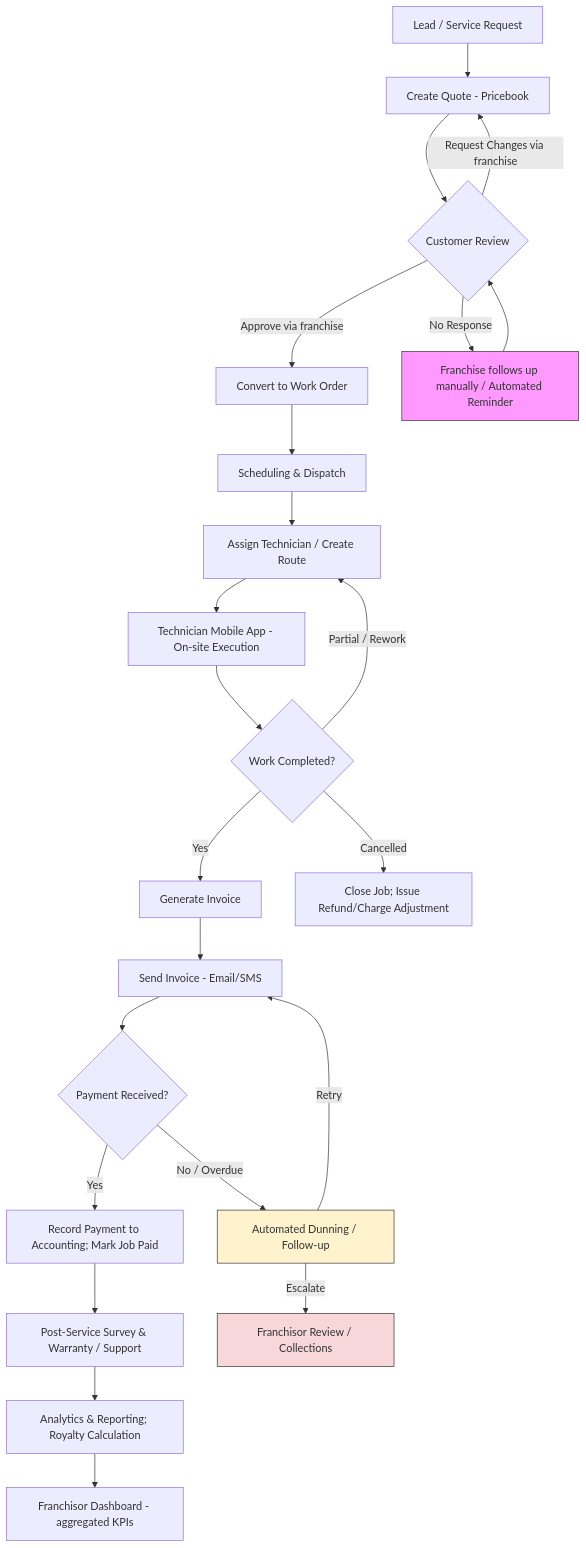
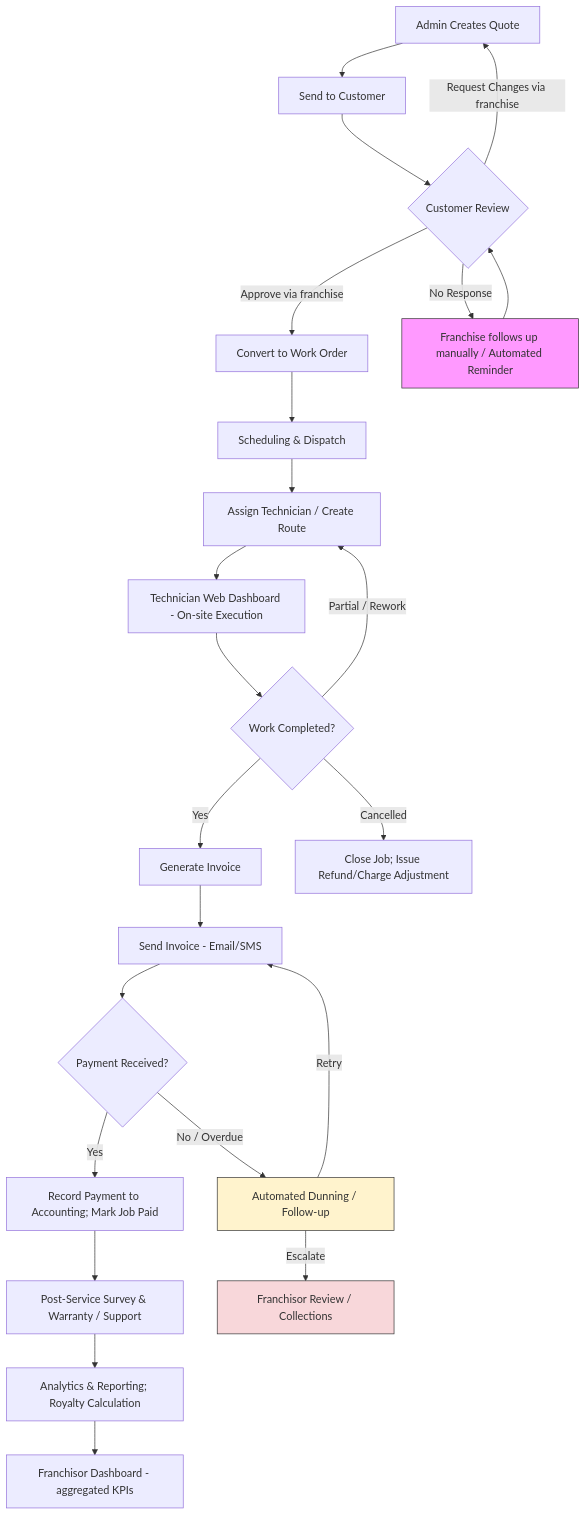
One commit to esleyalexanders/fms-product-management changed the first of 2 diagrams in [v2] Quotes/to_be.md. Above: the diagram before and after it, drawn with Mermaid. The commit also changed other lines of this file and 15 other files, not shown here.

````diff
--- a/[v2] Quotes/to_be.md
+++ b/[v2] Quotes/to_be.md
@@ -7,33 +7,33 @@
 ```mermaid
 flowchart TD
   %% Quote-to-Cash + Field Service To-Be Flow
-  A[Lead / Service Request] --> B[Create Quote - Pricebook]
+  A[Admin Creates Quote] --> B[Send to Customer]
   B --> C{Customer Review}
   C -->|Approve via franchise| D[Convert to Work Order]
-  C -->|Request Changes via franchise| B
+  C -->|Request Changes via franchise| A
   C -->|No Response| R[Franchise follows up manually / Automated Reminder]
   R --> C
 
   D --> E[Scheduling & Dispatch]
   E --> F[Assign Technician / Create Route]
-  F --> G[Technician Mobile App - On-site Execution]
+  F --> G[Technician Web Dashboard - On-site Execution]
   G --> H{Work Completed?}
   H -->|Yes| I[Generate Invoice]
   H -->|Partial / Rework| F
   H -->|Cancelled| K[Close Job; Issue Refund/Charge Adjustment]
 
   I --> J[Send Invoice - Email/SMS]
   J --> L{Payment Received?}
   L -->|Yes| M[Record Payment to Accounting; Mark Job Paid]
   L -->|No / Overdue| N[Automated Dunning / Follow-up]
   N -->|Escalate| O[Franchisor Review / Collections]
   N -->|Retry| J
 
   M --> P[Post-Service Survey & Warranty / Support]
   P --> Q[Analytics & Reporting; Royalty Calculation]
   Q --> S[Franchisor Dashboard - aggregated KPIs]
 
   style R fill:#f9f,stroke:#333
   style N fill:#fff3cd,stroke:#333
   style O fill:#f8d7da,stroke:#333
 ```
````
